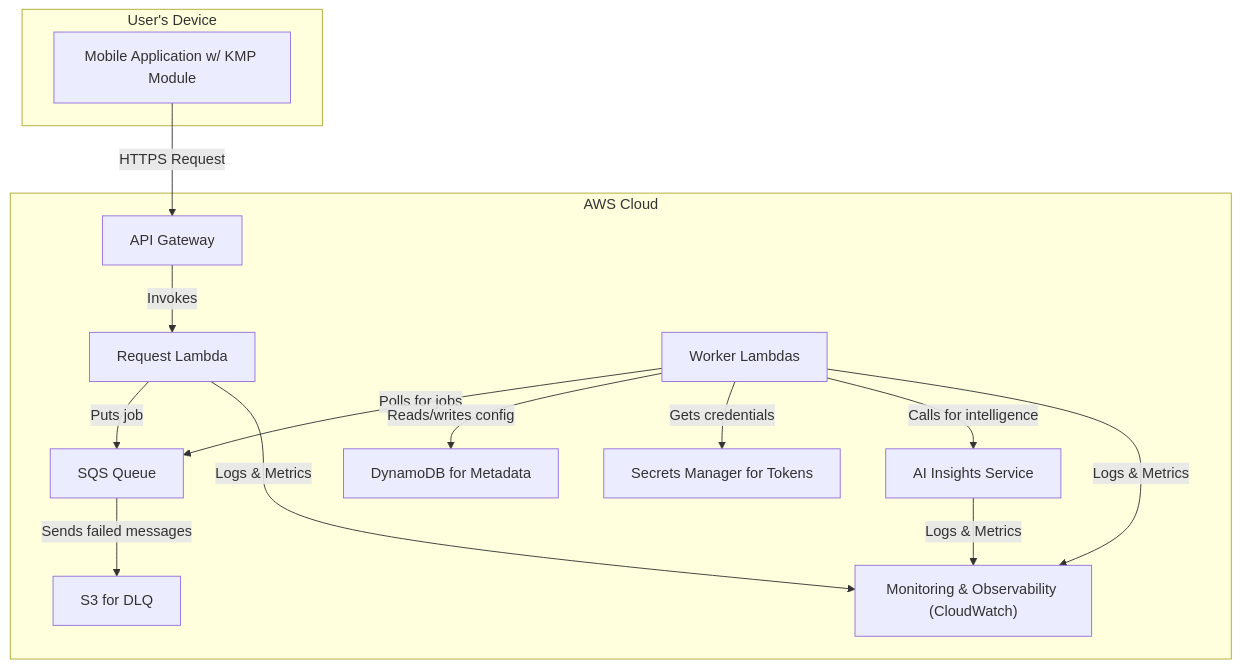
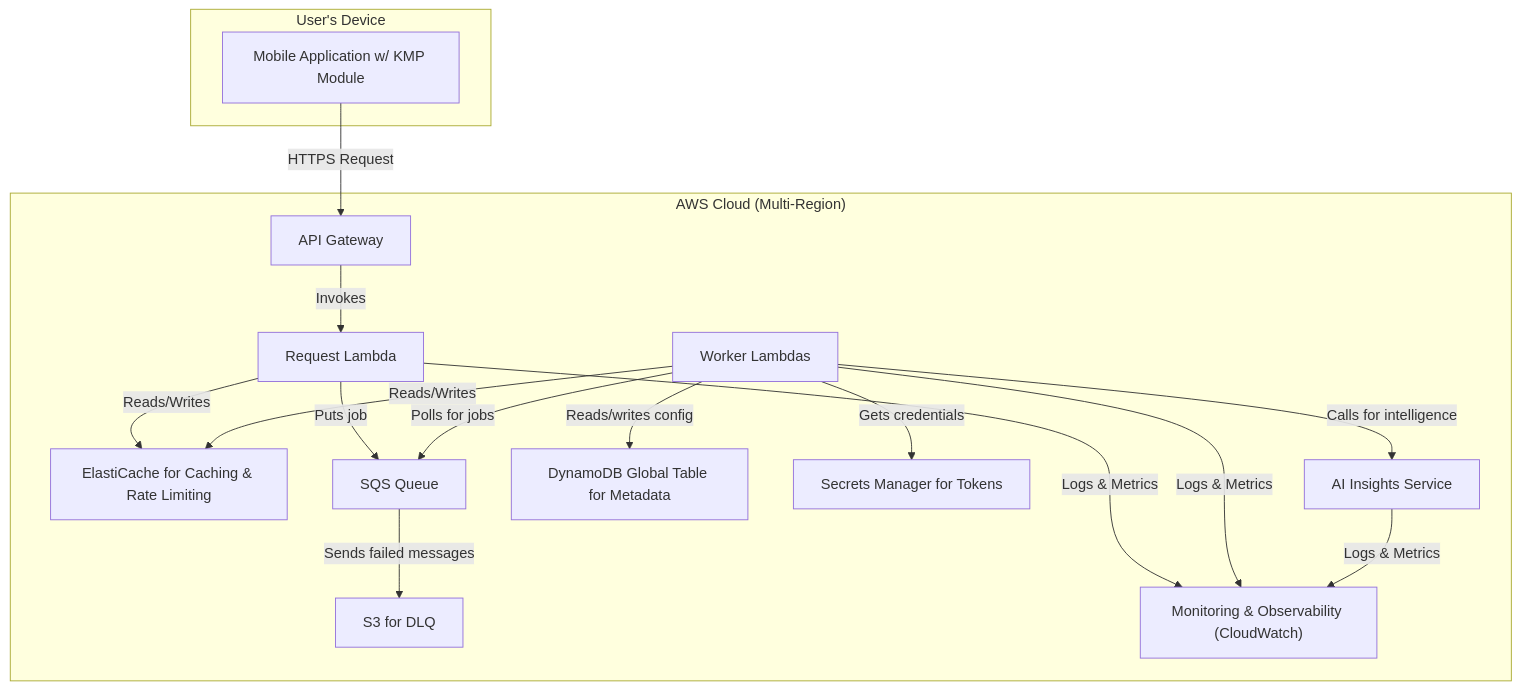
Before and after one commit to dino10bit/healthsync: the second of 4 diagrams in 06-technical-architecture.md, drawn with Mermaid. The commit also changed other lines of this file and 3 other files, not shown here.

````diff
--- a/06-technical-architecture.md
+++ b/06-technical-architecture.md
@@ -67,31 +67,34 @@
 ```mermaid
 graph TD
-    subgraph "AWS Cloud"
+    subgraph "AWS Cloud (Multi-Region)"
         APIGateway[API Gateway]
+        ElastiCache[ElastiCache for Caching & Rate Limiting]
         RequestLambda[Request Lambda]
         SQSQueue[SQS Queue]
         WorkerLambda[Worker Lambdas]
-        DynamoDB[DynamoDB for Metadata]
+        DynamoDB[DynamoDB Global Table for Metadata]
         SecretsManager[Secrets Manager for Tokens]
         S3[S3 for DLQ]
         AI_Service[AI Insights Service]
         Observability["Monitoring & Observability (CloudWatch)"]
     end
 
     subgraph "User's Device"
         MobileApp[Mobile Application w/ KMP Module]
     end
 
     MobileApp -- HTTPS Request --> APIGateway
     APIGateway -- Invokes --> RequestLambda
     RequestLambda -- Puts job --> SQSQueue
+    RequestLambda -- Reads/Writes --> ElastiCache
     WorkerLambda -- Polls for jobs --> SQSQueue
     WorkerLambda -- Reads/writes config --> DynamoDB
     WorkerLambda -- Gets credentials --> SecretsManager
+    WorkerLambda -- Reads/Writes --> ElastiCache
     WorkerLambda -- Calls for intelligence --> AI_Service
     SQSQueue -- Sends failed messages --> S3
 
     RequestLambda -- Logs & Metrics --> Observability
     WorkerLambda -- Logs & Metrics --> Observability
     AI_Service -- Logs & Metrics --> Observability
 ```
````
